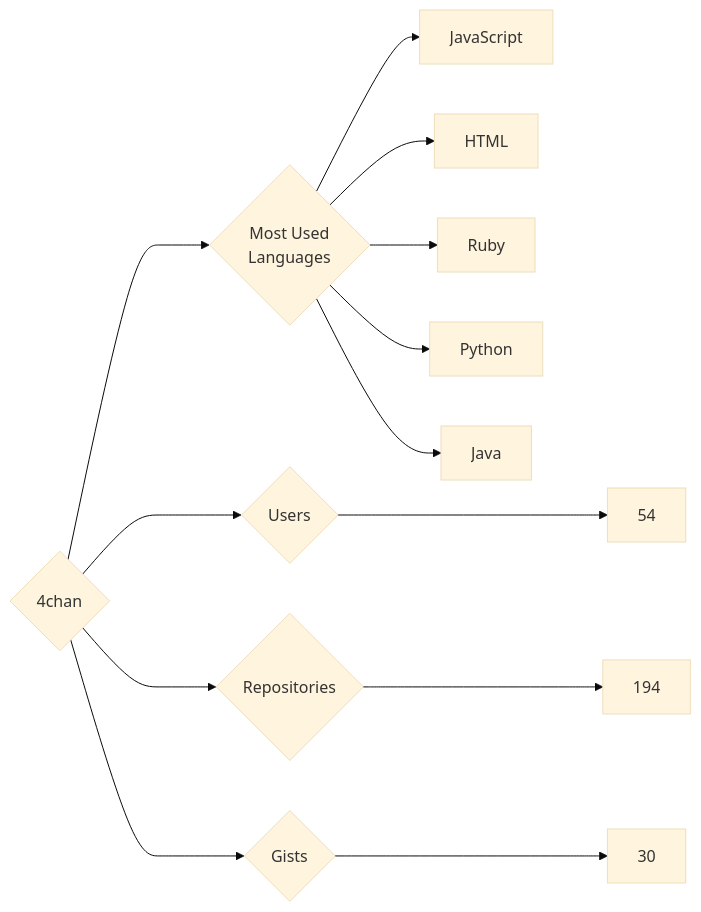
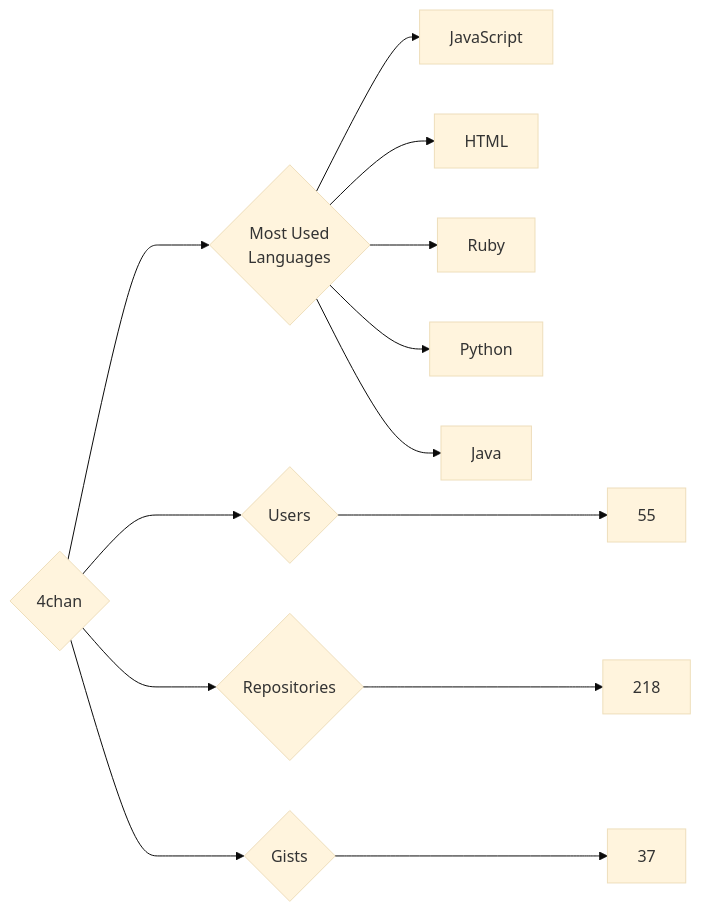
The diagram in targets/4chan/README.md (trickest/insiders), drawn with Mermaid (base theme) before and after one commit. The commit also changed 1175 other files, not shown here.

````diff
--- a/targets/4chan/README.md
+++ b/targets/4chan/README.md
@@ -3,13 +3,13 @@
 ```mermaid
 graph LR
 COMPANY_NAME{4chan}
-COMPANY_NAME ---> U{Users} ---> UN[54]
-COMPANY_NAME ---> R{Repositories} ---> RN[194]
-COMPANY_NAME ---> G{Gists} ---> GN[30]
+COMPANY_NAME ---> U{Users} ---> UN[55]
+COMPANY_NAME ---> R{Repositories} ---> RN[218]
+COMPANY_NAME ---> G{Gists} ---> GN[37]
 COMPANY_NAME ---> ML{Most Used<br>Languages}
 ML --> JavaScript[JavaScript]
 ML --> HTML[HTML]
 ML --> Ruby[Ruby]
 ML --> Python[Python]
 ML --> Java[Java]
 ```
````
